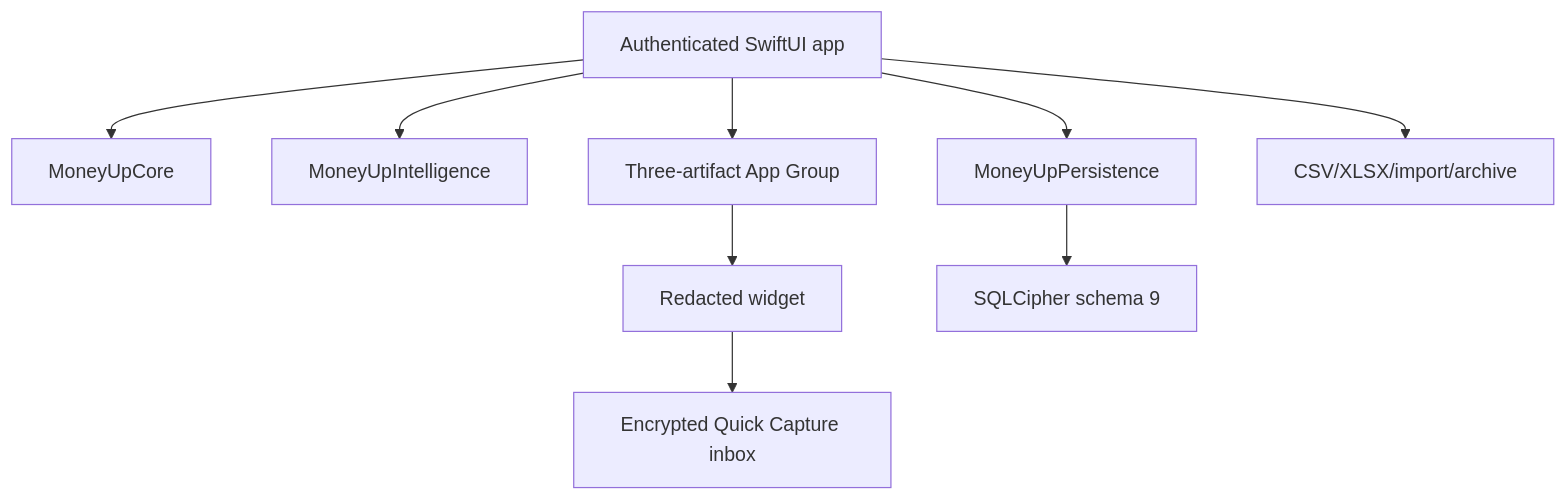
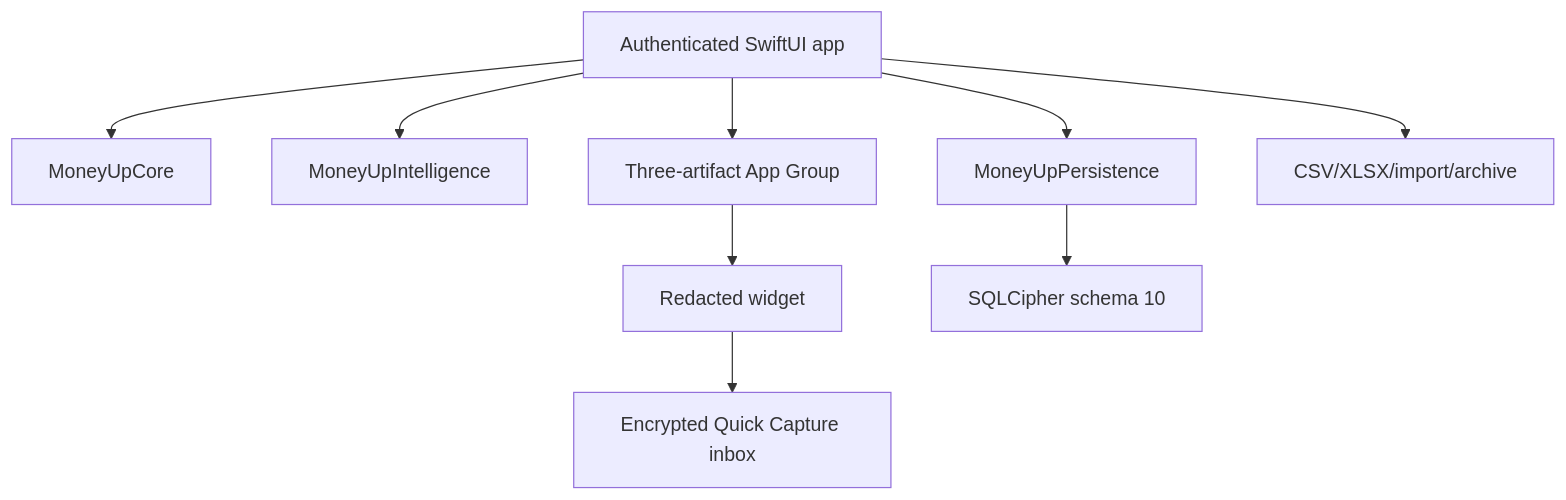
One commit to LaiWenKang/MoneyUp changed the diagram in docs/ARCHITECTURE.md. Above: the diagram before and after it, drawn with Mermaid. The commit also changed other lines of this file and 44 other files, not shown here.

````diff
--- a/docs/ARCHITECTURE.md
+++ b/docs/ARCHITECTURE.md
@@ -5,11 +5,11 @@
 ```mermaid
 flowchart TD
     Widget["Redacted widget"] --> Capture["Encrypted Quick Capture inbox"]
     App["Authenticated SwiftUI app"] --> Core["MoneyUpCore"]
     App --> Intel["MoneyUpIntelligence"]
     App --> Store["MoneyUpPersistence"]
-    Store --> Cipher["SQLCipher schema 9"]
+    Store --> Cipher["SQLCipher schema 10"]
     App --> Shared["Three-artifact App Group"]
     Shared --> Widget
     App --> Files["CSV/XLSX/import/archive"]
 ```
````
